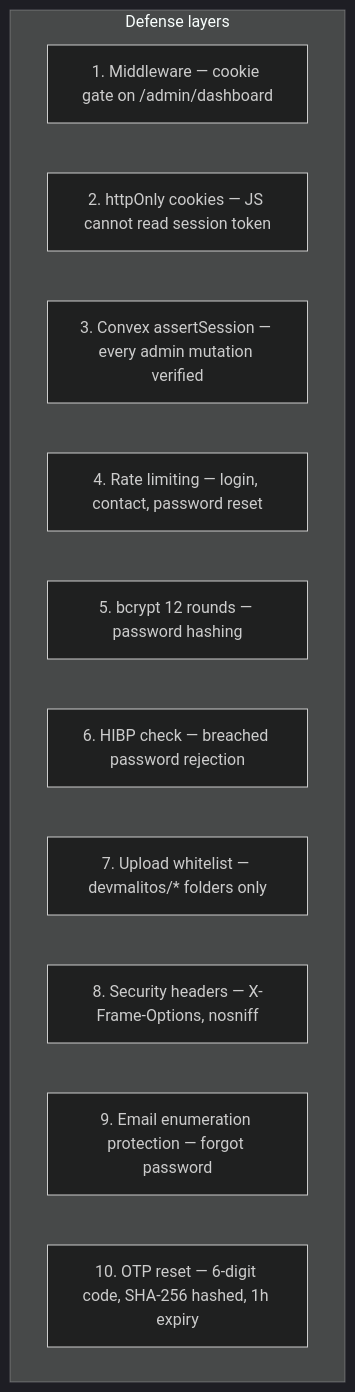
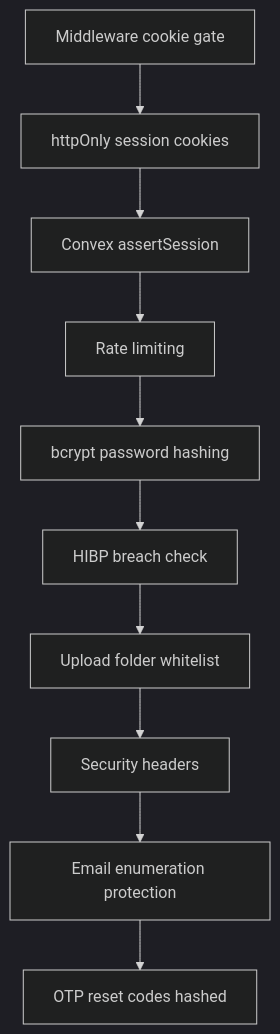
Before and after one commit to mawlid1431/Portfolio: diagram 15 of 15 in README.md, drawn with Mermaid (dark theme). The commit also changed other lines of this file, not shown here.

````diff
--- a/README.md
+++ b/README.md
@@ -980,15 +975,12 @@
 ```mermaid
 flowchart TD
-  subgraph Layers["Defense layers"]
-    L1["1. Middleware — cookie gate on /admin/dashboard"]
-    L2["2. httpOnly cookies — JS cannot read session token"]
-    L3["3. Convex assertSession — every admin mutation verified"]
-    L4["4. Rate limiting — login, contact, password reset"]
-    L5["5. bcrypt 12 rounds — password hashing"]
-    L6["6. HIBP check — breached password rejection"]
-    L7["7. Upload whitelist — devmalitos/* folders only"]
-    L8["8. Security headers — X-Frame-Options, nosniff"]
-    L9["9. Email enumeration protection — forgot password"]
-    L10["10. OTP reset — 6-digit code, SHA-256 hashed, 1h expiry"]
-  end
+  L1["Middleware cookie gate"] --> L2["httpOnly session cookies"]
+  L2 --> L3["Convex assertSession"]
+  L3 --> L4["Rate limiting"]
+  L4 --> L5["bcrypt password hashing"]
+  L5 --> L6["HIBP breach check"]
+  L6 --> L7["Upload folder whitelist"]
+  L7 --> L8["Security headers"]
+  L8 --> L9["Email enumeration protection"]
+  L9 --> L10["OTP reset codes hashed"]
 ```
````
